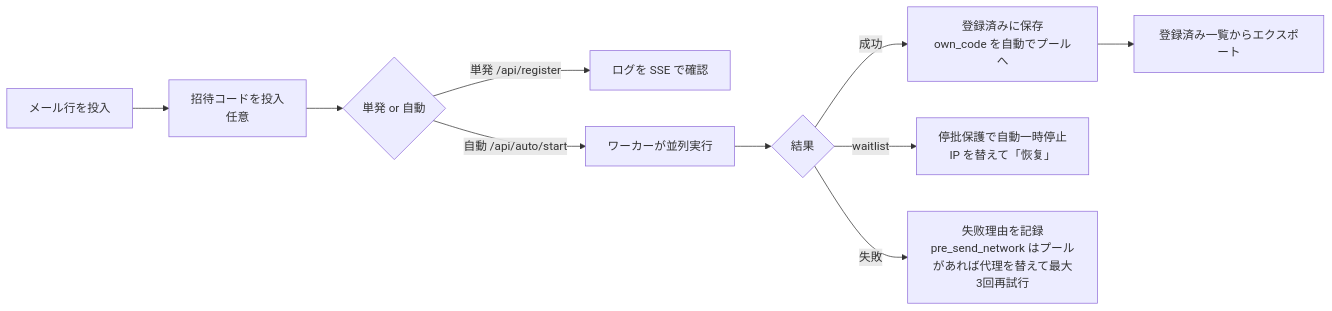
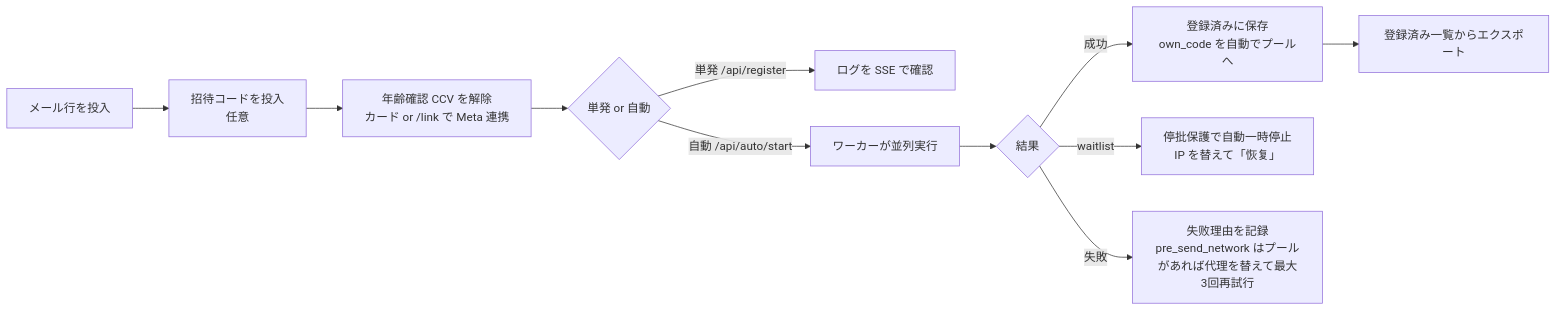
One commit to Fuwafuwaman/muse-JP-Reg changed the diagram in README.ja.md. Above: the diagram before and after it, drawn with Mermaid. The commit also changed other lines of this file and 11 other files, not shown here.

First line of the commit message:
feat(ccv): 年齢確認をカード無しで通す Meta 連携バイパスを WebUI に配線

````diff
--- a/README.ja.md
+++ b/README.ja.md
@@ -58,12 +61,13 @@
 ```mermaid
 flowchart LR
     A[メール行を投入] --> B[招待コードを投入<br/>任意]
-    B --> C{単発 or 自動}
+    B --> L[年齢確認 CCV を解除<br/>カード or /link で Meta 連携]
+    L --> C{単発 or 自動}
     C -->|"単発 /api/register"| D[ログを SSE で確認]
     C -->|"自動 /api/auto/start"| E[ワーカーが並列実行]
     E --> F{結果}
     F -->|成功| G[登録済みに保存<br/>own_code を自動でプールへ]
     F -->|waitlist| H[停批保護で自動一時停止<br/>IP を替えて「恢复」]
     F -->|失敗| I[失败理由を記録<br/>pre_send_network はプールがあれば代理を替えて最大3回再試行]
     G --> J[登録済み一覧からエクスポート]
 ```
````
